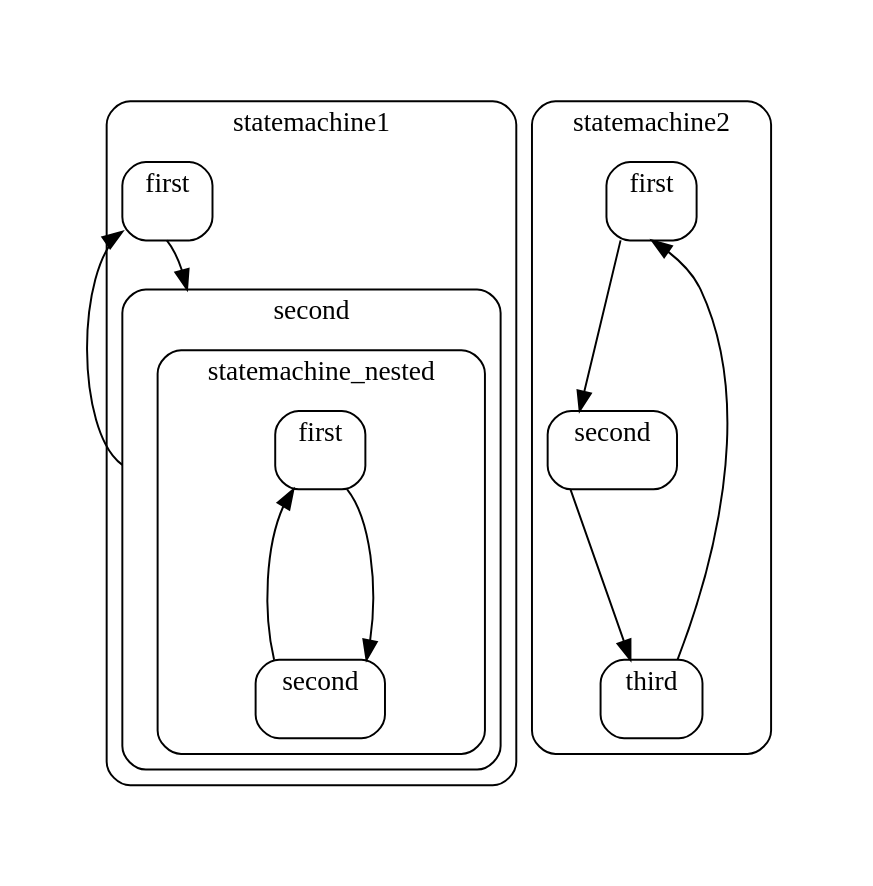
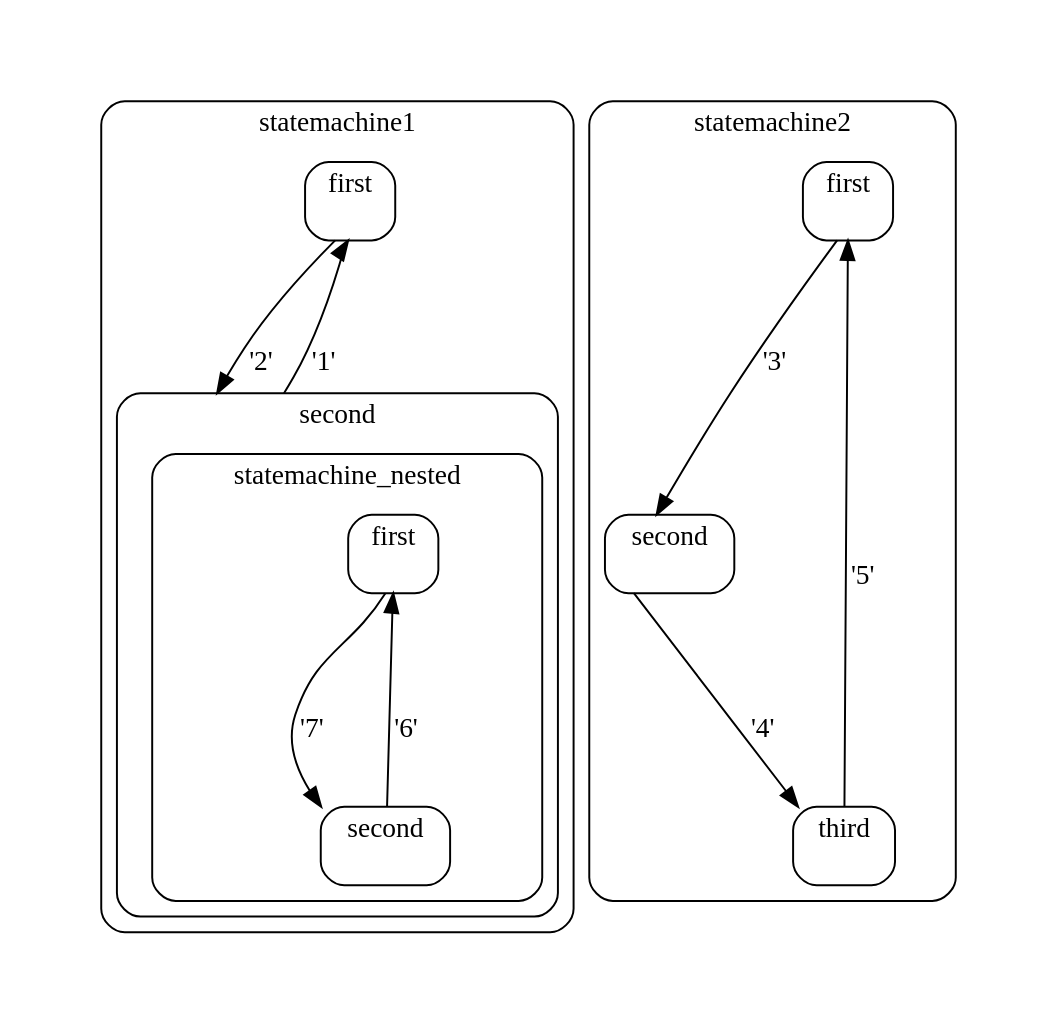
The diagram in test.dot (dasmuli/cstatecharts), drawn with Graphviz before and after one commit. The commit also changed 2 other files, not shown here.

```diff
--- a/test.dot
+++ b/test.dot
@@ -1,57 +1,57 @@
 digraph D {
 compound=true
 graph [pad="0.5", nodesep="1", ranksep="1.75"];subgraph cluster_statemachine1 {
 style = rounded
   label = statemachine1
 subgraph cluster_statemachine1_first {
 style = rounded
 label = first
 statemachine1_first_C [ style=invis, shape = plaintext, label="", height=0, width=0 ];
 }
-statemachine1_first_C -> statemachine1_second_C [ltail=cluster_statemachine1_first lhead=cluster_statemachine1_second ];
+statemachine1_first_C -> statemachine1_second_C [ltail=cluster_statemachine1_first lhead=cluster_statemachine1_second label="'2'" ];
 subgraph cluster_statemachine1_second {
 style = rounded
 label = second
 statemachine1_second_C [ style=invis, shape = plaintext, label="", height=0, width=0 ];
 subgraph cluster_statemachine_nested {
 style = rounded
   label = statemachine_nested
 subgraph cluster_statemachine_nested_first {
 style = rounded
 label = first
 statemachine_nested_first_C [ style=invis, shape = plaintext, label="", height=0, width=0 ];
 }
-statemachine_nested_first_C -> statemachine_nested_second_C [ltail=cluster_statemachine_nested_first lhead=cluster_statemachine_nested_second ];
+statemachine_nested_first_C -> statemachine_nested_second_C [ltail=cluster_statemachine_nested_first lhead=cluster_statemachine_nested_second label="'7'" ];
 subgraph cluster_statemachine_nested_second {
 style = rounded
 label = second
 statemachine_nested_second_C [ style=invis, shape = plaintext, label="", height=0, width=0 ];
 }
-statemachine_nested_second_C -> statemachine_nested_first_C [ltail=cluster_statemachine_nested_second lhead=cluster_statemachine_nested_first ];
+statemachine_nested_second_C -> statemachine_nested_first_C [ltail=cluster_statemachine_nested_second lhead=cluster_statemachine_nested_first label="'6'" ];
 }
 }
-statemachine1_second_C -> statemachine1_first_C [ltail=cluster_statemachine1_second lhead=cluster_statemachine1_first ];
+statemachine1_second_C -> statemachine1_first_C [ltail=cluster_statemachine1_second lhead=cluster_statemachine1_first label="'1'" ];
 }
 subgraph cluster_statemachine2 {
 style = rounded
   label = statemachine2
 subgraph cluster_statemachine2_first {
 style = rounded
 label = first
 statemachine2_first_C [ style=invis, shape = plaintext, label="", height=0, width=0 ];
 }
-statemachine2_first_C -> statemachine2_second_C [ltail=cluster_statemachine2_first lhead=cluster_statemachine2_second ];
+statemachine2_first_C -> statemachine2_second_C [ltail=cluster_statemachine2_first lhead=cluster_statemachine2_second label="'3'" ];
 subgraph cluster_statemachine2_second {
 style = rounded
 label = second
 statemachine2_second_C [ style=invis, shape = plaintext, label="", height=0, width=0 ];
 }
-statemachine2_second_C -> statemachine2_third_C [ltail=cluster_statemachine2_second lhead=cluster_statemachine2_third ];
+statemachine2_second_C -> statemachine2_third_C [ltail=cluster_statemachine2_second lhead=cluster_statemachine2_third label="'4'" ];
 subgraph cluster_statemachine2_third {
 style = rounded
 label = third
 statemachine2_third_C [ style=invis, shape = plaintext, label="", height=0, width=0 ];
 }
-statemachine2_third_C -> statemachine2_first_C [ltail=cluster_statemachine2_third lhead=cluster_statemachine2_first ];
+statemachine2_third_C -> statemachine2_first_C [ltail=cluster_statemachine2_third lhead=cluster_statemachine2_first label="'5'" ];
 }
 }
```
